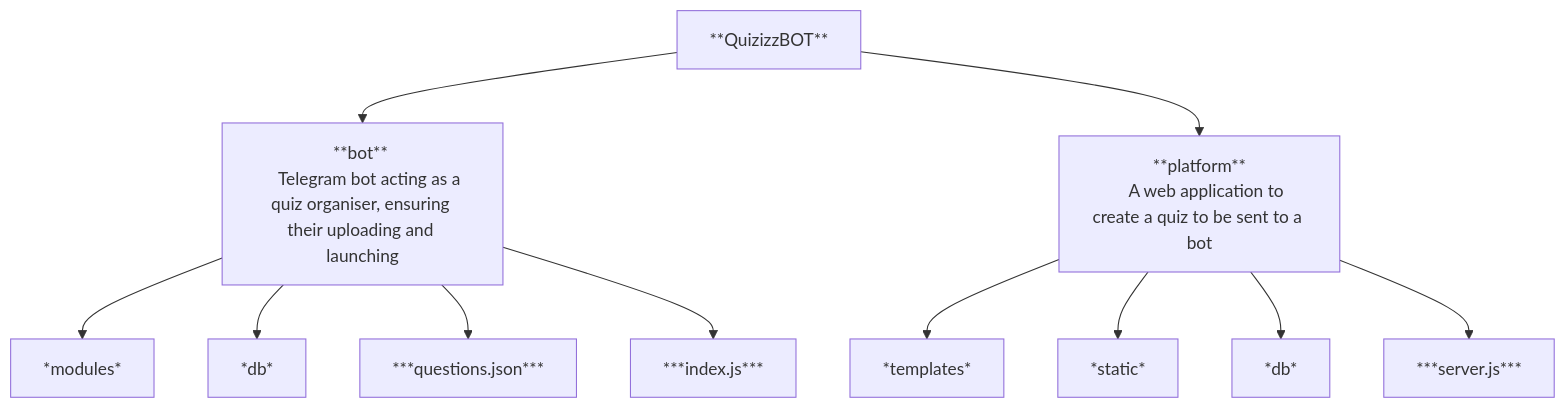
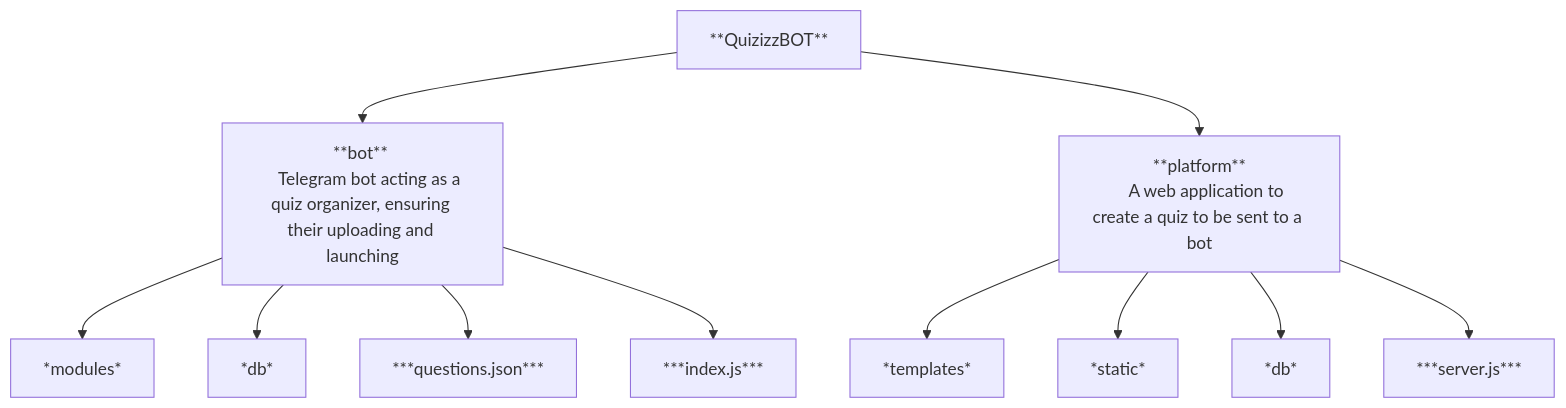
One commit to FeliksNovoselskyi/QuizizzBOT changed the diagram in readme.md. Above: the diagram before and after it, drawn with Mermaid. The commit also changed other lines of this file and 1 other file, not shown here.

Commit message:
better spelling)

````diff
--- a/readme.md
+++ b/readme.md
@@ -101,14 +101,14 @@
 ```mermaid
 graph TD;
     A[**QuizizzBOT**] --> B[**bot** 
-    Telegram bot acting as a quiz organiser, ensuring their uploading and launching] --> b1[*modules*];
+    Telegram bot acting as a quiz organizer, ensuring their uploading and launching] --> b1[*modules*];
     B --> b2[*db*];
     B --> b3[***questions.json***];
     B --> b4[***index.js***];
 
     A --> D[**platform**
     A web application to create a quiz to be sent to a bot] --> d1[*templates*];
     D --> d2[*static*];
     D --> d3[*db*];
     D --> d4[***server.js***];
 ```
````
